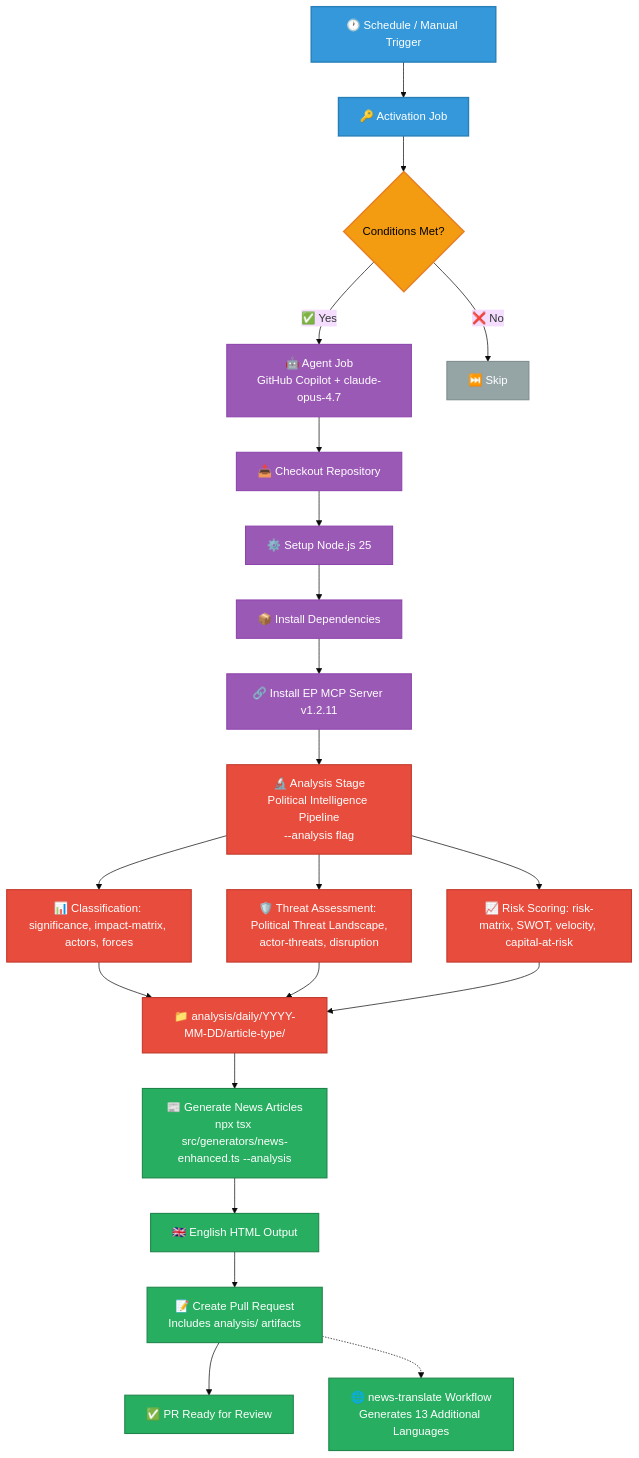
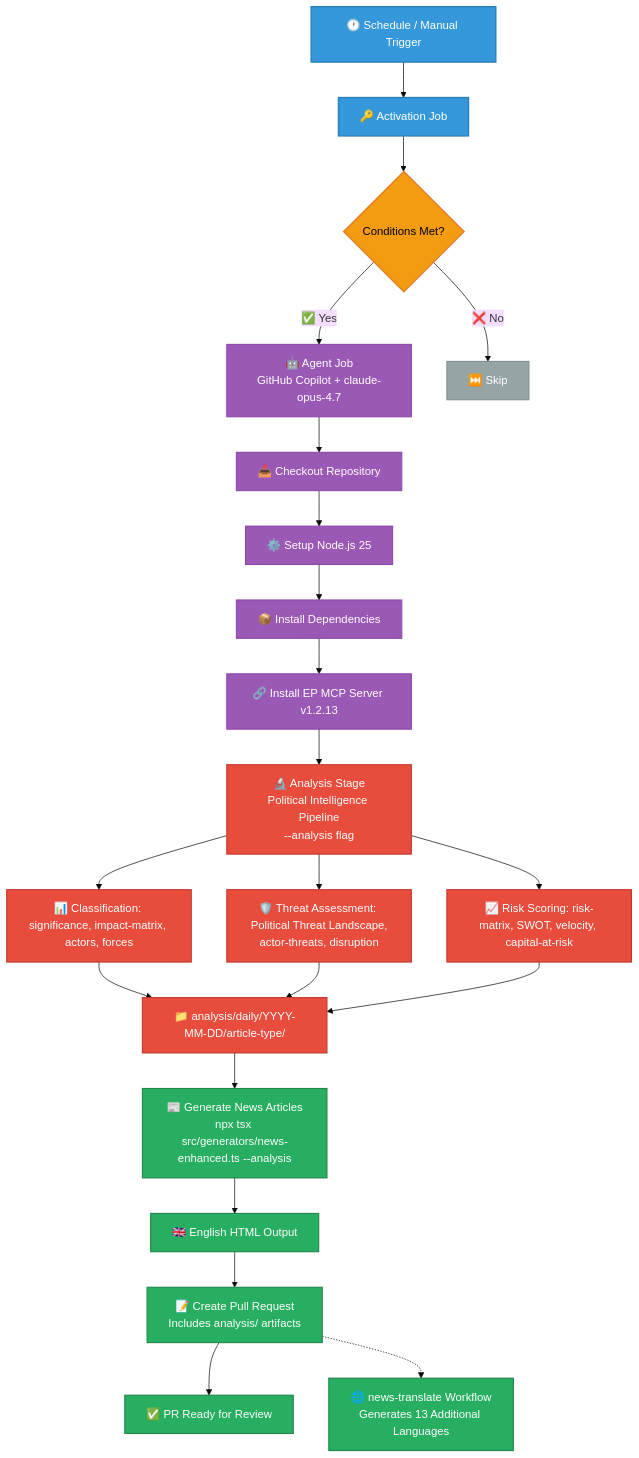
Before and after one commit to Hack23/euparliamentmonitor: the third of 22 diagrams in WORKFLOWS.md, drawn with Mermaid (base theme). The commit also changed other lines of this file and 35 other files, not shown here.

First line of the commit message:
chore: bump EP MCP Server references from 1.2.11 to 1.2.13 across docs, workflows, and source

````diff
--- a/WORKFLOWS.md
+++ b/WORKFLOWS.md
@@ -262,37 +262,37 @@
 ```mermaid
 graph TD
     A[🕐 Schedule / Manual Trigger] --> B[🔑 Activation Job]
     B --> C{Conditions Met?}
     C -->|✅ Yes| D[🤖 Agent Job<br/>GitHub Copilot + claude-opus-4.7]
     C -->|❌ No| E[⏭️ Skip]
     D --> F[📥 Checkout Repository]
     F --> G[⚙️ Setup Node.js 25]
     G --> H[📦 Install Dependencies]
-    H --> I[🔗 Install EP MCP Server v1.2.11]
+    H --> I[🔗 Install EP MCP Server v1.2.13]
     I --> J1[🔬 Analysis Stage<br/>Political Intelligence Pipeline<br/>--analysis flag]
     J1 --> J1a[📊 Classification: significance, impact-matrix, actors, forces]
     J1 --> J1b[🛡️ Threat Assessment: Political Threat Landscape,<br/>actor-threats, disruption]
     J1 --> J1c[📈 Risk Scoring: risk-matrix, SWOT, velocity, capital-at-risk]
     J1a --> J1d["📁 analysis/daily/YYYY-MM-DD/article-type/"]
     J1b --> J1d
     J1c --> J1d
     J1d --> J[📰 Generate News Articles<br/>npx tsx src/generators/news-enhanced.ts --analysis]
     J --> K[🇬🇧 English HTML Output]
     K --> L[📝 Create Pull Request<br/>Includes analysis/ artifacts]
     L --> M[✅ PR Ready for Review]
     L -.-> N[🌐 news-translate Workflow<br/>Generates 13 Additional Languages]
 
     classDef trigger fill:#3498db,stroke:#2980b9,stroke-width:2px,color:white
     classDef process fill:#9b59b6,stroke:#8e44ad,stroke-width:1.5px,color:white
     classDef decision fill:#f39c12,stroke:#e67e22,stroke-width:2px,color:black
     classDef skip fill:#95a5a6,stroke:#7f8c8d,stroke-width:1.5px,color:white
     classDef analysis fill:#e74c3c,stroke:#c0392b,stroke-width:1.5px,color:white
     classDef output fill:#27ae60,stroke:#1e8449,stroke-width:1.5px,color:white
 
     class A,B trigger
     class D,F,G,H,I process
     class C decision
     class E skip
     class J1,J1a,J1b,J1c,J1d analysis
     class J,K,L,M,N output
 ```
````
